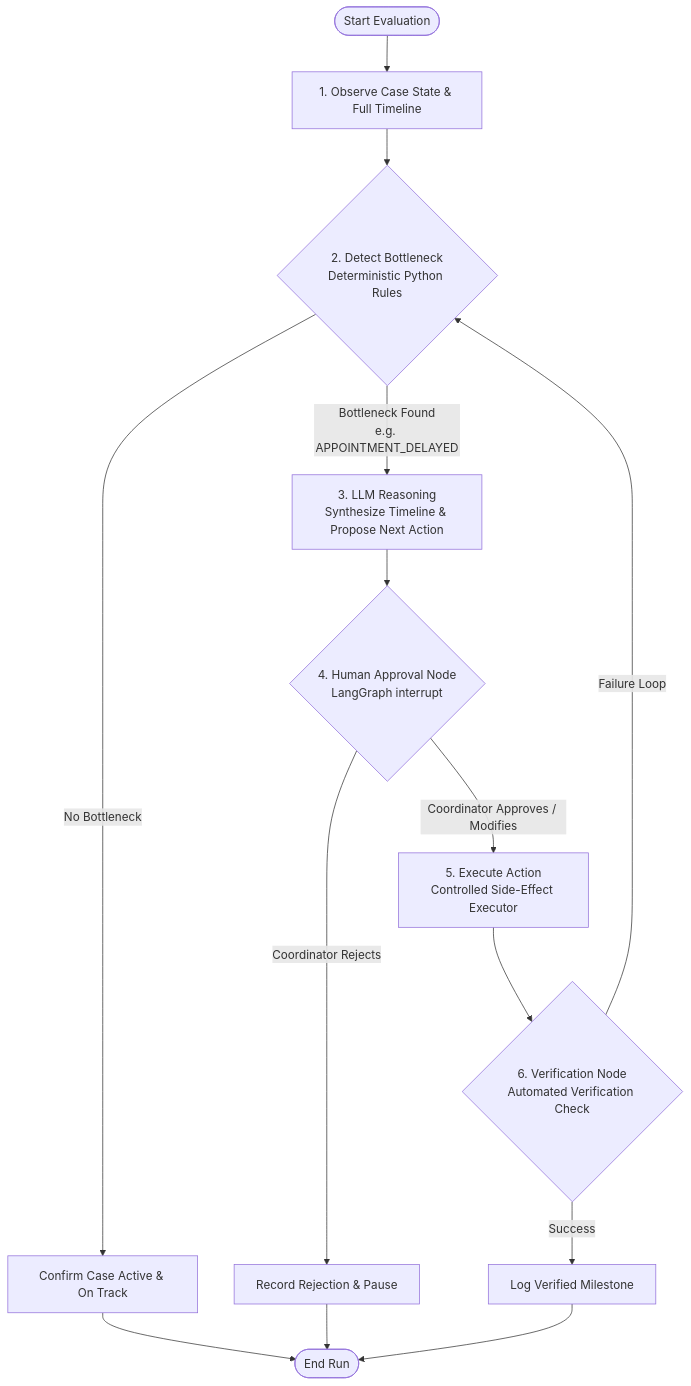
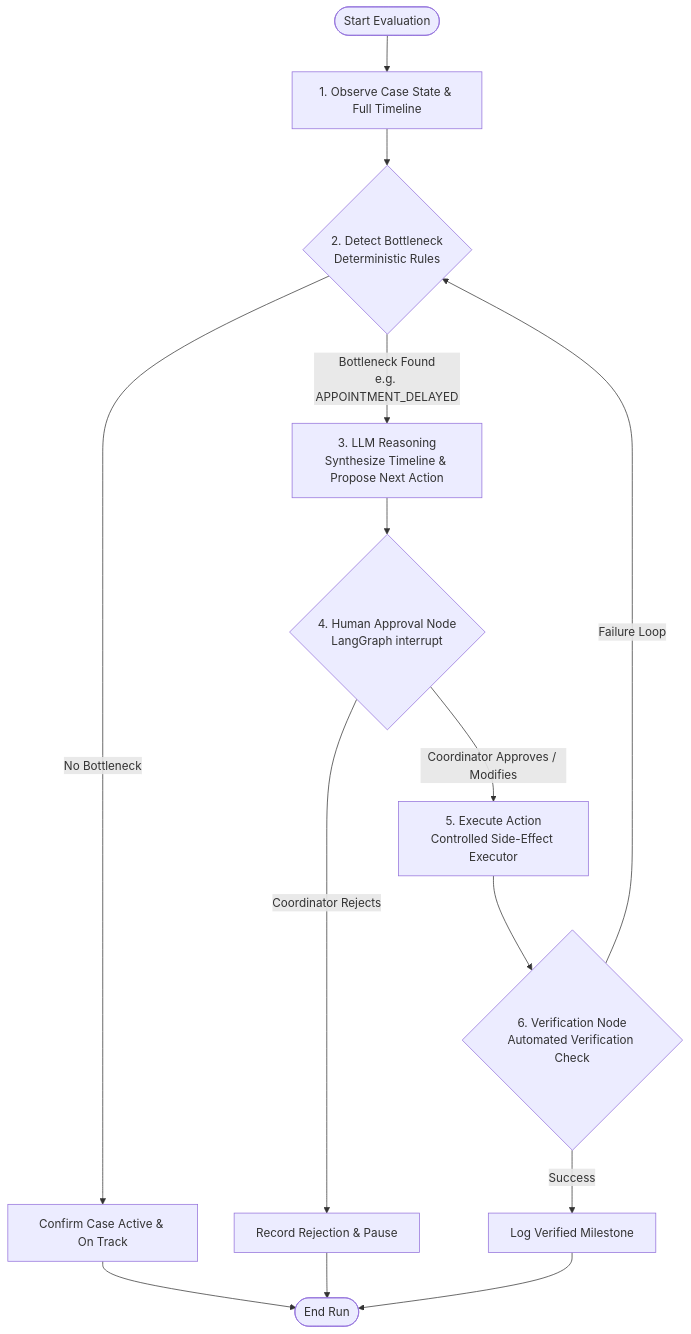
Before and after one commit to callmekriztal/Referal_Guardian: the third of 3 diagrams in README.md, drawn with Mermaid. The commit also changed other lines of this file and 3 other files, not shown here.

````diff
--- a/README.md
+++ b/README.md
@@ -138,18 +151,18 @@
 ```mermaid
 flowchart TD
     START([Start Evaluation]) --> OBSERVE[1. Observe Case State & Full Timeline]
-    OBSERVE --> DETECT{2. Detect Bottleneck<br/>Deterministic Python Rules}
+    OBSERVE --> DETECT{2. Detect Bottleneck<br/>Deterministic Rules}
     
     DETECT -->|No Bottleneck| NO_BOTTLENECK[Confirm Case Active & On Track] --> END([End Run])
     
     DETECT -->|Bottleneck Found<br/>e.g. APPOINTMENT_DELAYED| REASON[3. LLM Reasoning<br/>Synthesize Timeline & Propose Next Action]
     
     REASON --> APPROVAL{4. Human Approval Node<br/>LangGraph interrupt}
     
     APPROVAL -->|Coordinator Approves / Modifies| EXECUTE[5. Execute Action<br/>Controlled Side-Effect Executor]
     APPROVAL -->|Coordinator Rejects| REJECTED[Record Rejection & Pause] --> END
     
     EXECUTE --> VERIFY{6. Verification Node<br/>Automated Verification Check}
     VERIFY -->|Success| COMPLETED[Log Verified Milestone] --> END
     VERIFY -->|Failure Loop| DETECT
 ```
````
